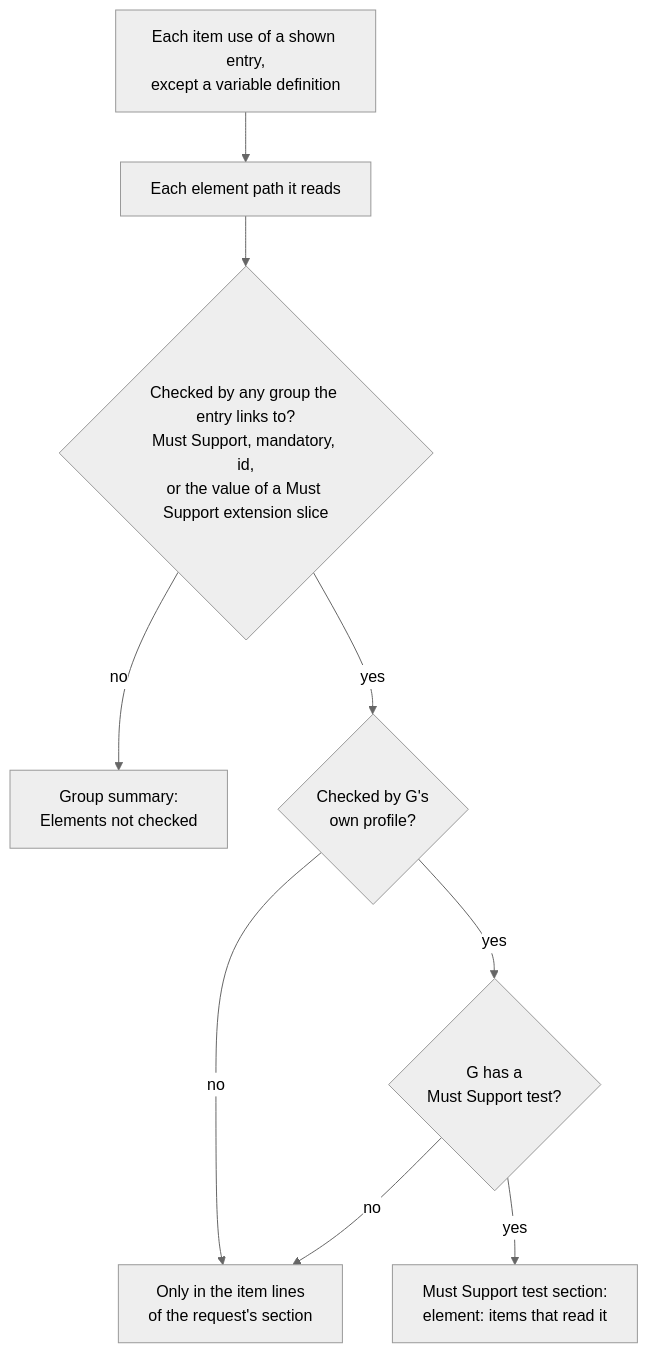
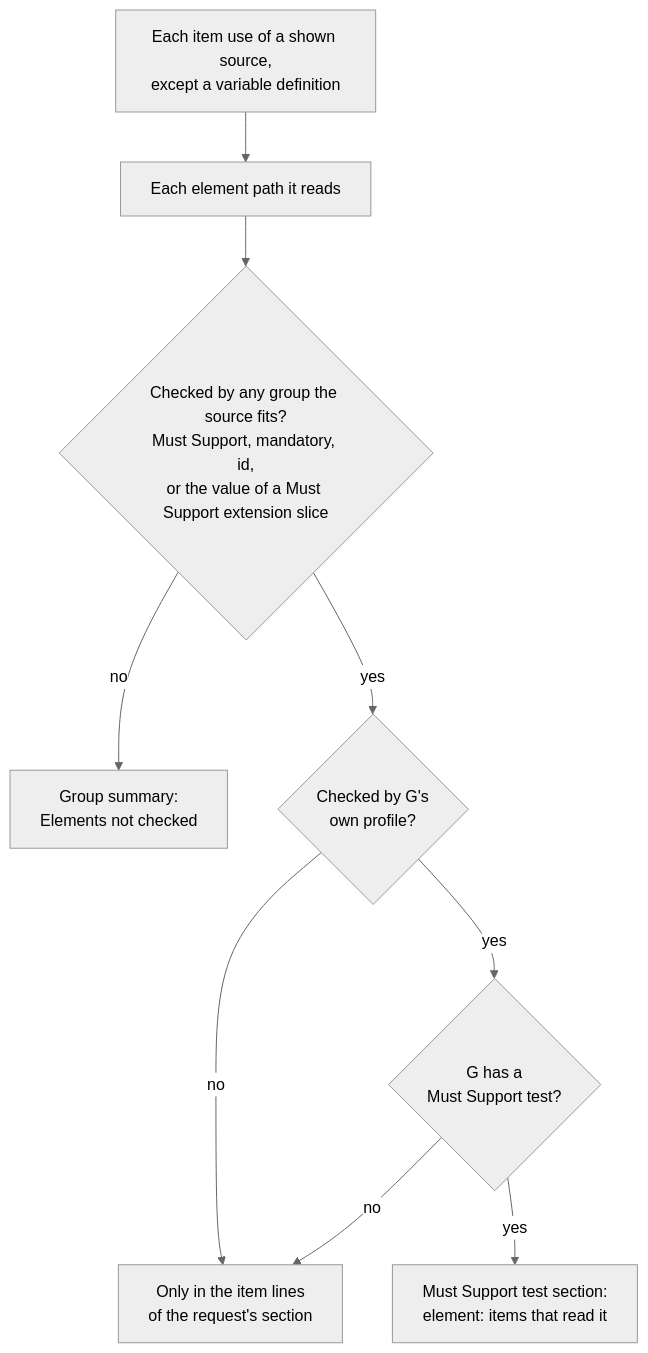
Before and after one commit to hl7au/inferno_suite_generator: the fifth of 5 diagrams in documentation/questionnaire_usage_tracing.md, drawn with Mermaid (neutral theme). The commit also changed other lines of this file and 28 other files, not shown here.

````diff
--- a/documentation/questionnaire_usage_tracing.md
+++ b/documentation/questionnaire_usage_tracing.md
@@ -224,11 +188,11 @@
 ```mermaid
 flowchart TD
-    usage["Each item use of a shown entry,<br/>except a variable definition"] --> path["Each element path it reads"]
-    path --> checked{"Checked by any group the entry links to?<br/>Must Support, mandatory, id,<br/>or the value of a Must Support extension slice"}
+    usage["Each item use of a shown source,<br/>except a variable definition"] --> path["Each element path it reads"]
+    path --> checked{"Checked by any group the source fits?<br/>Must Support, mandatory, id,<br/>or the value of a Must Support extension slice"}
     checked -- no --> notchecked["Group summary:<br/>Elements not checked"]
     checked -- yes --> own{"Checked by G's<br/>own profile?"}
     own -- no --> itemonly["Only in the item lines<br/>of the request's section"]
     own -- yes --> ms{"G has a<br/>Must Support test?"}
     ms -- yes --> mstest["Must Support test section:<br/>element: items that read it"]
     ms -- no --> itemonly
 ```
````
